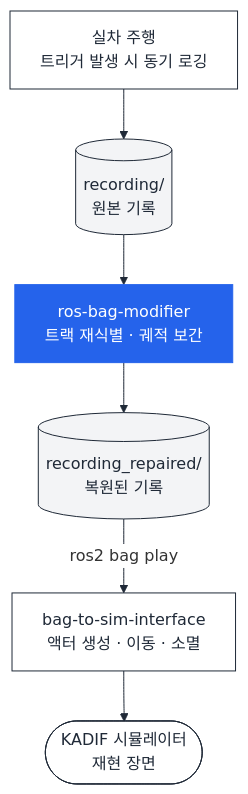
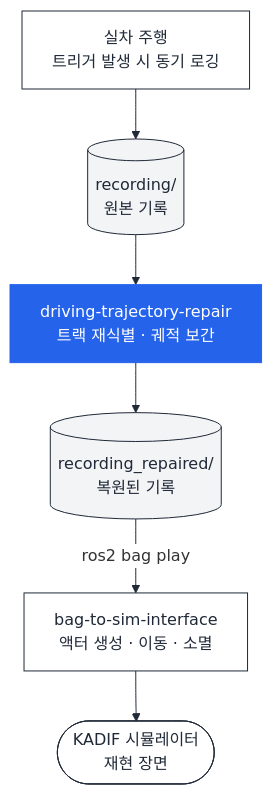
The diagram in README.md (Canlab-KADIF/driving-trajectory-repair), drawn with Mermaid before and after one commit. The commit also changed other lines of this file and 65 other files, not shown here.

````diff
--- a/README.md
+++ b/README.md
@@ -87,25 +87,25 @@
 ```mermaid
 %%{init: {"theme":"base","themeVariables":{
   "lineColor":"#1F2937","edgeLabelBackground":"#FFFFFF",
   "fontFamily":"-apple-system,BlinkMacSystemFont,Segoe UI,Helvetica,Arial,sans-serif"}}}%%
 flowchart TD
     drive["실차 주행<br/>트리거 발생 시 동기 로깅"]
     raw[("recording/<br/>원본 기록")]
-    fix["ros-bag-modifier<br/>트랙 재식별 · 궤적 보간"]
+    fix["driving-trajectory-repair<br/>트랙 재식별 · 궤적 보간"]
     fixed[("recording_repaired/<br/>복원된 기록")]
     bridge["bag-to-sim-interface<br/>액터 생성 · 이동 · 소멸"]
     sim(["KADIF 시뮬레이터<br/>재현 장면"])
 
     drive --> raw
     raw --> fix
     fix --> fixed
     fixed -- "ros2 bag play" --> bridge
     bridge --> sim
 
     classDef here fill:#2563EB,stroke:#2563EB,color:#FFFFFF
     classDef data fill:#F3F4F6,stroke:#1F2937,color:#1F2937
     classDef step fill:#FFFFFF,stroke:#1F2937,color:#1F2937
     class fix here
     class raw,fixed data
     class drive,bridge,sim step
 ```
````
